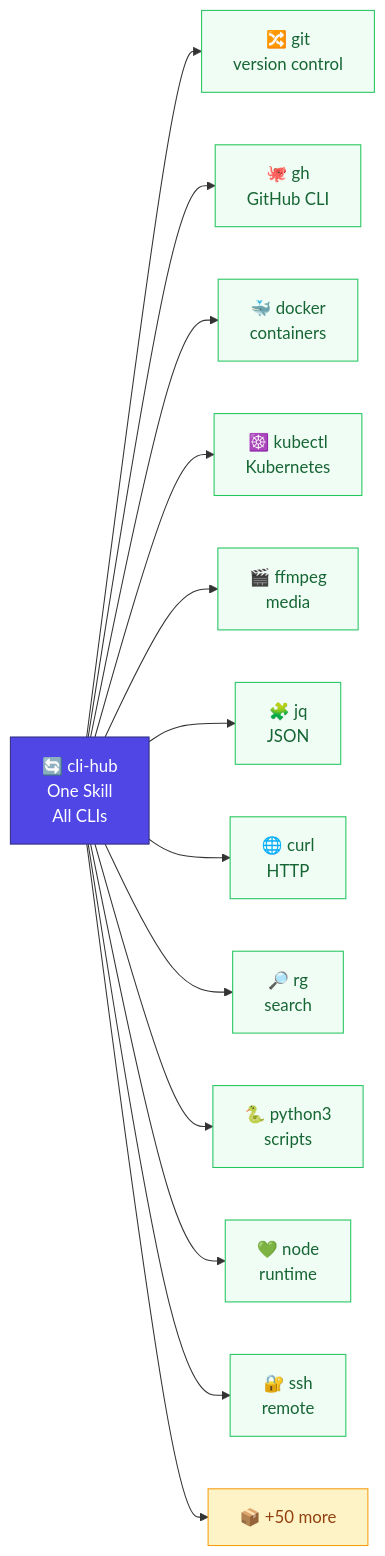
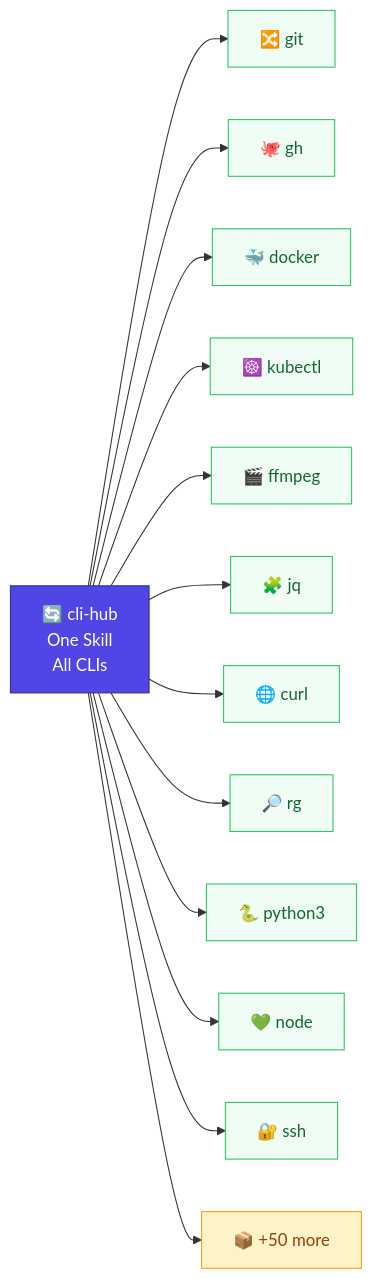
Before and after one commit to dull-bird/cli-hub: the diagram in README.md, drawn with Mermaid. The commit also changed other lines of this file and 1 other file, not shown here.

Commit message:
docs: comprehensive README — user guide + developer architecture

````diff
--- a/README.md
+++ b/README.md
@@ -5,29 +5,29 @@
 ```mermaid
 graph LR
-    CH["🔄 cli-hub<br/>One Skill<br/>All CLIs"] --> git["🔀 git<br/>version control"]
-    CH --> gh["🐙 gh<br/>GitHub CLI"]
-    CH --> docker["🐳 docker<br/>containers"]
-    CH --> kubectl["☸️ kubectl<br/>Kubernetes"]
-    CH --> ffmpeg["🎬 ffmpeg<br/>media"]
-    CH --> jq["🧩 jq<br/>JSON"]
-    CH --> curl["🌐 curl<br/>HTTP"]
-    CH --> rg["🔎 rg<br/>search"]
-    CH --> python3["🐍 python3<br/>scripts"]
-    CH --> node["💚 node<br/>runtime"]
-    CH --> ssh["🔐 ssh<br/>remote"]
+    CH["🔄 cli-hub<br/>One Skill<br/>All CLIs"] --> git["🔀 git"]
+    CH --> gh["🐙 gh"]
+    CH --> docker["🐳 docker"]
+    CH --> kubectl["☸️ kubectl"]
+    CH --> ffmpeg["🎬 ffmpeg"]
+    CH --> jq["🧩 jq"]
+    CH --> curl["🌐 curl"]
+    CH --> rg["🔎 rg"]
+    CH --> python3["🐍 python3"]
+    CH --> node["💚 node"]
+    CH --> ssh["🔐 ssh"]
     CH --> more["📦 +50 more"]
 
     style CH fill:#4f46e5,color:#fff,stroke:#312e81
     style git fill:#f0fdf4,stroke:#22c55e,color:#166534
     style gh fill:#f0fdf4,stroke:#22c55e,color:#166534
     style docker fill:#f0fdf4,stroke:#22c55e,color:#166534
     style kubectl fill:#f0fdf4,stroke:#22c55e,color:#166534
     style ffmpeg fill:#f0fdf4,stroke:#22c55e,color:#166534
     style jq fill:#f0fdf4,stroke:#22c55e,color:#166534
     style curl fill:#f0fdf4,stroke:#22c55e,color:#166534
     style rg fill:#f0fdf4,stroke:#22c55e,color:#166534
     style python3 fill:#f0fdf4,stroke:#22c55e,color:#166534
     style node fill:#f0fdf4,stroke:#22c55e,color:#166534
     style ssh fill:#f0fdf4,stroke:#22c55e,color:#166534
     style more fill:#fef3c7,stroke:#f59e0b,color:#92400e
 ```
````
